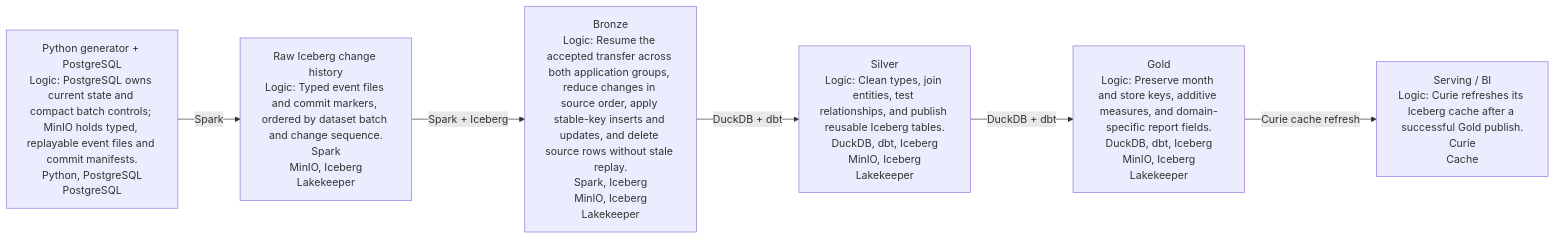
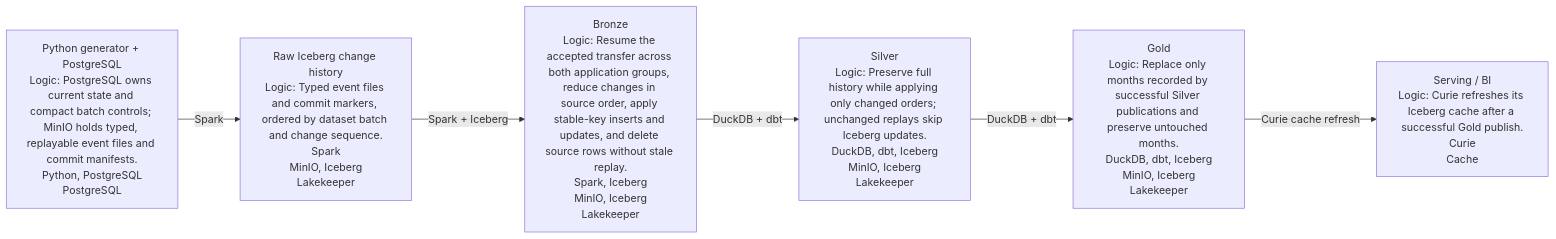
Before and after one commit to AntonMiniazev/ampere_project: the diagram in docs/dataflow/generated/project_dataflow.md, drawn with Mermaid. The commit also changed 46 other files, not shown here.

Commit message:
fix(iceberg): bound daily silver and gold processing

````diff
--- a/docs/dataflow/generated/project_dataflow.md
+++ b/docs/dataflow/generated/project_dataflow.md
@@ -5,15 +5,15 @@
 ```mermaid
 flowchart LR
     L_SOURCE["Python generator + PostgreSQL<br/>Logic: PostgreSQL owns current state and compact batch controls; MinIO holds typed, replayable event files and commit manifests.<br/>Python, PostgreSQL<br/>PostgreSQL"]
     L_RAW["Raw Iceberg change history<br/>Logic: Typed event files and commit markers, ordered by dataset batch and change sequence.<br/>Spark<br/>MinIO, Iceberg<br/>Lakekeeper"]
     L_BRONZE["Bronze<br/>Logic: Resume the accepted transfer across both application groups, reduce changes in source order, apply stable-key inserts and updates, and delete source rows without stale replay.<br/>Spark, Iceberg<br/>MinIO, Iceberg<br/>Lakekeeper"]
-    L_SILVER["Silver<br/>Logic: Clean types, join entities, test relationships, and publish reusable Iceberg tables.<br/>DuckDB, dbt, Iceberg<br/>MinIO, Iceberg<br/>Lakekeeper"]
-    L_GOLD["Gold<br/>Logic: Preserve month and store keys, additive measures, and domain-specific report fields.<br/>DuckDB, dbt, Iceberg<br/>MinIO, Iceberg<br/>Lakekeeper"]
+    L_SILVER["Silver<br/>Logic: Preserve full history while applying only changed orders; unchanged replays skip Iceberg updates.<br/>DuckDB, dbt, Iceberg<br/>MinIO, Iceberg<br/>Lakekeeper"]
+    L_GOLD["Gold<br/>Logic: Replace only months recorded by successful Silver publications and preserve untouched months.<br/>DuckDB, dbt, Iceberg<br/>MinIO, Iceberg<br/>Lakekeeper"]
     L_SERVING["Serving / BI<br/>Logic: Curie refreshes its Iceberg cache after a successful Gold publish.<br/>Curie<br/>Cache"]
 
     L_SOURCE -->|"Spark"| L_RAW
     L_RAW -->|"Spark + Iceberg"| L_BRONZE
     L_BRONZE -->|"DuckDB + dbt"| L_SILVER
     L_SILVER -->|"DuckDB + dbt"| L_GOLD
     L_GOLD -->|"Curie cache refresh"| L_SERVING
 ```
````
